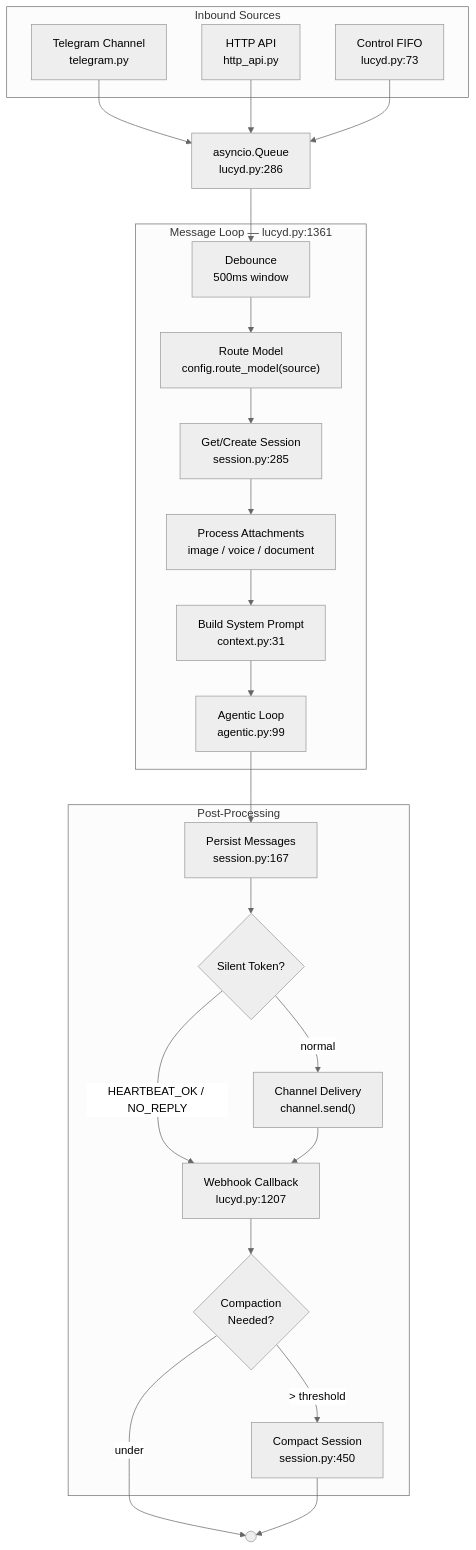
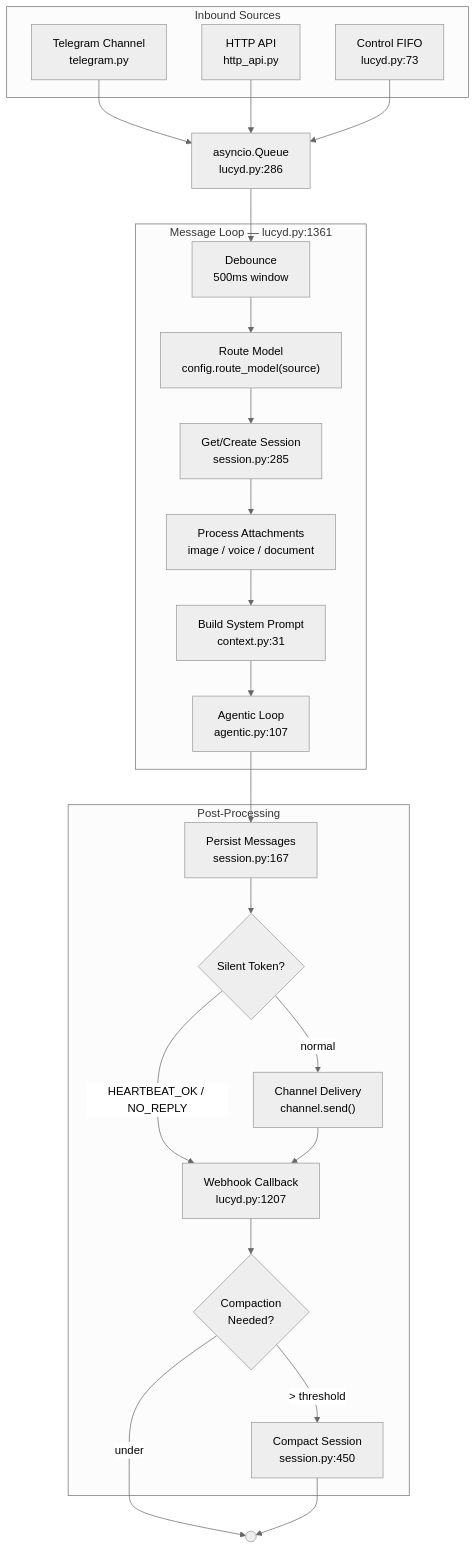
Before and after one commit to nicolasforstinger/lucyd: the first of 8 diagrams in docs/diagrams.md, drawn with Mermaid (neutral theme). The commit also changed other lines of this file, not shown here.

First line of the commit message:
fix: sync all diagram references with actual codebase line numbers

````diff
--- a/docs/diagrams.md
+++ b/docs/diagrams.md
@@ -11,40 +11,40 @@
 ```mermaid
 flowchart TD
     subgraph Sources["Inbound Sources"]
         TG["Telegram Channel<br/>telegram.py"]
         HTTP["HTTP API<br/>http_api.py"]
         FIFO["Control FIFO<br/>lucyd.py:73"]
     end
 
     Q["asyncio.Queue<br/>lucyd.py:286"]
 
     subgraph Loop["Message Loop — lucyd.py:1361"]
         DEB["Debounce<br/>500ms window"]
         ROUTE["Route Model<br/>config.route_model(source)"]
         SESSION["Get/Create Session<br/>session.py:285"]
         MEDIA["Process Attachments<br/>image / voice / document"]
         CTX["Build System Prompt<br/>context.py:31"]
-        AGENTIC["Agentic Loop<br/>agentic.py:99"]
+        AGENTIC["Agentic Loop<br/>agentic.py:107"]
     end
 
     subgraph Post["Post-Processing"]
         PERSIST["Persist Messages<br/>session.py:167"]
         SILENT{"Silent Token?"}
         DELIVER["Channel Delivery<br/>channel.send()"]
         WEBHOOK["Webhook Callback<br/>lucyd.py:1207"]
         COMPACT{"Compaction<br/>Needed?"}
         DO_COMPACT["Compact Session<br/>session.py:450"]
     end
 
     TG --> Q
     HTTP --> Q
     FIFO --> Q
     Q --> DEB --> ROUTE --> SESSION --> MEDIA --> CTX --> AGENTIC
     AGENTIC --> PERSIST --> SILENT
     SILENT -->|"HEARTBEAT_OK / NO_REPLY"| WEBHOOK
     SILENT -->|normal| DELIVER --> WEBHOOK
     WEBHOOK --> COMPACT
     COMPACT -->|"> threshold"| DO_COMPACT
     COMPACT -->|under| END(( ))
     DO_COMPACT --> END
 ```
````
